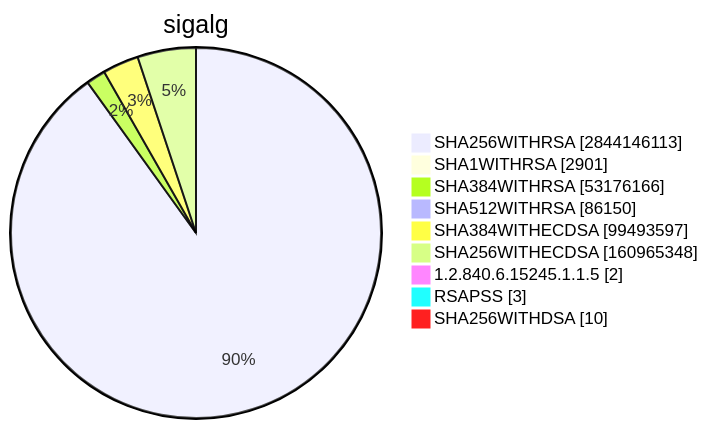
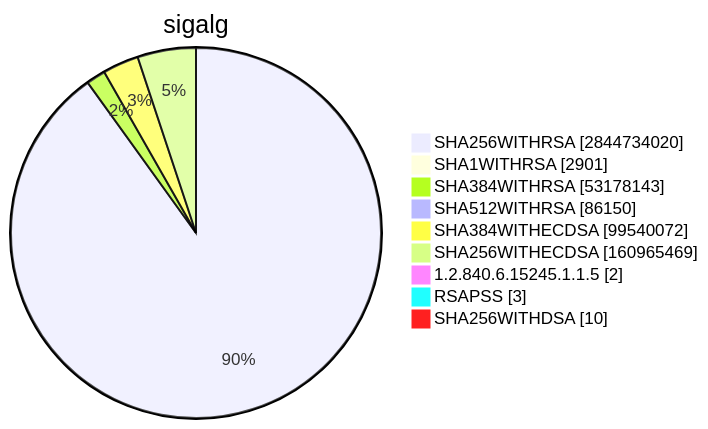
Diagram 15 of 15 in TOTAL/README.md (christiankrug/ctmonitor_visualization), drawn with Mermaid before and after one commit. The commit also changed other lines of this file, not shown here.

````diff
--- a/TOTAL/README.md
+++ b/TOTAL/README.md
@@ -6207,13 +6207,13 @@
 ```mermaid
 pie showData
 title sigalg
-"SHA256WITHRSA" :2844146113
+"SHA256WITHRSA" :2844734020
 "SHA1WITHRSA" :2901
-"SHA384WITHRSA" :53176166
+"SHA384WITHRSA" :53178143
 "SHA512WITHRSA" :86150
-"SHA384WITHECDSA" :99493597
-"SHA256WITHECDSA" :160965348
+"SHA384WITHECDSA" :99540072
+"SHA256WITHECDSA" :160965469
 "1.2.840.6.15245.1.1.5" :2
 "RSAPSS" :3
 "SHA256WITHDSA" :10
 ```
````
